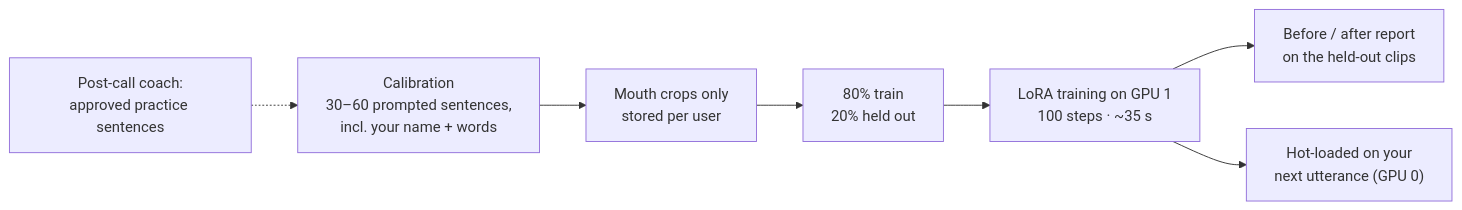
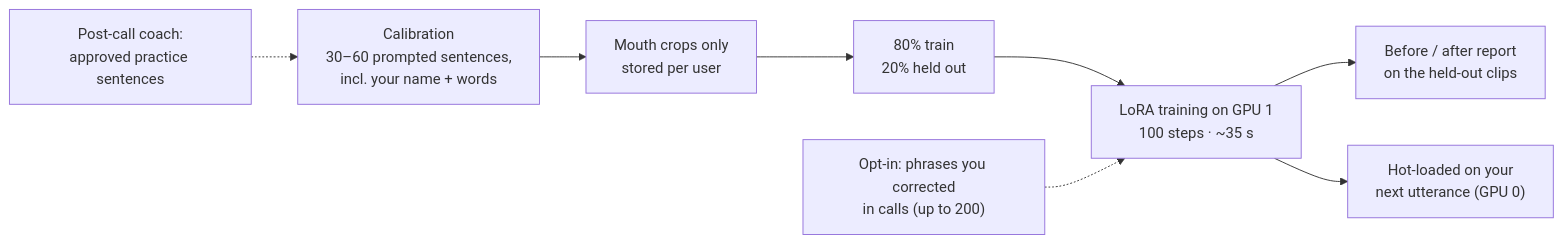
One commit to rahulb0802/silent-calls changed the second of 3 diagrams in README.md. Above: the diagram before and after it, drawn with Mermaid. The commit also changed other lines of this file, not shown here.

````diff
--- a/README.md
+++ b/README.md
@@ -82,9 +96,10 @@
 ```mermaid
 flowchart LR
     CAL["Calibration<br/>30–60 prompted sentences,<br/>incl. your name + words"] --> STORE["Mouth crops only<br/>stored per user"]
     STORE --> SPLIT["80% train<br/>20% held out"]
     SPLIT --> TRAIN["LoRA training on GPU 1<br/>100 steps · ~35 s"]
     TRAIN --> REPORT["Before / after report<br/>on the held-out clips"]
     TRAIN --> HOT["Hot-loaded on your<br/>next utterance (GPU 0)"]
     COACH["Post-call coach:<br/>approved practice sentences"] -.-> CAL
+    CORR["Opt-in: phrases you corrected<br/>in calls (up to 200)"] -.-> TRAIN
 ```
````
